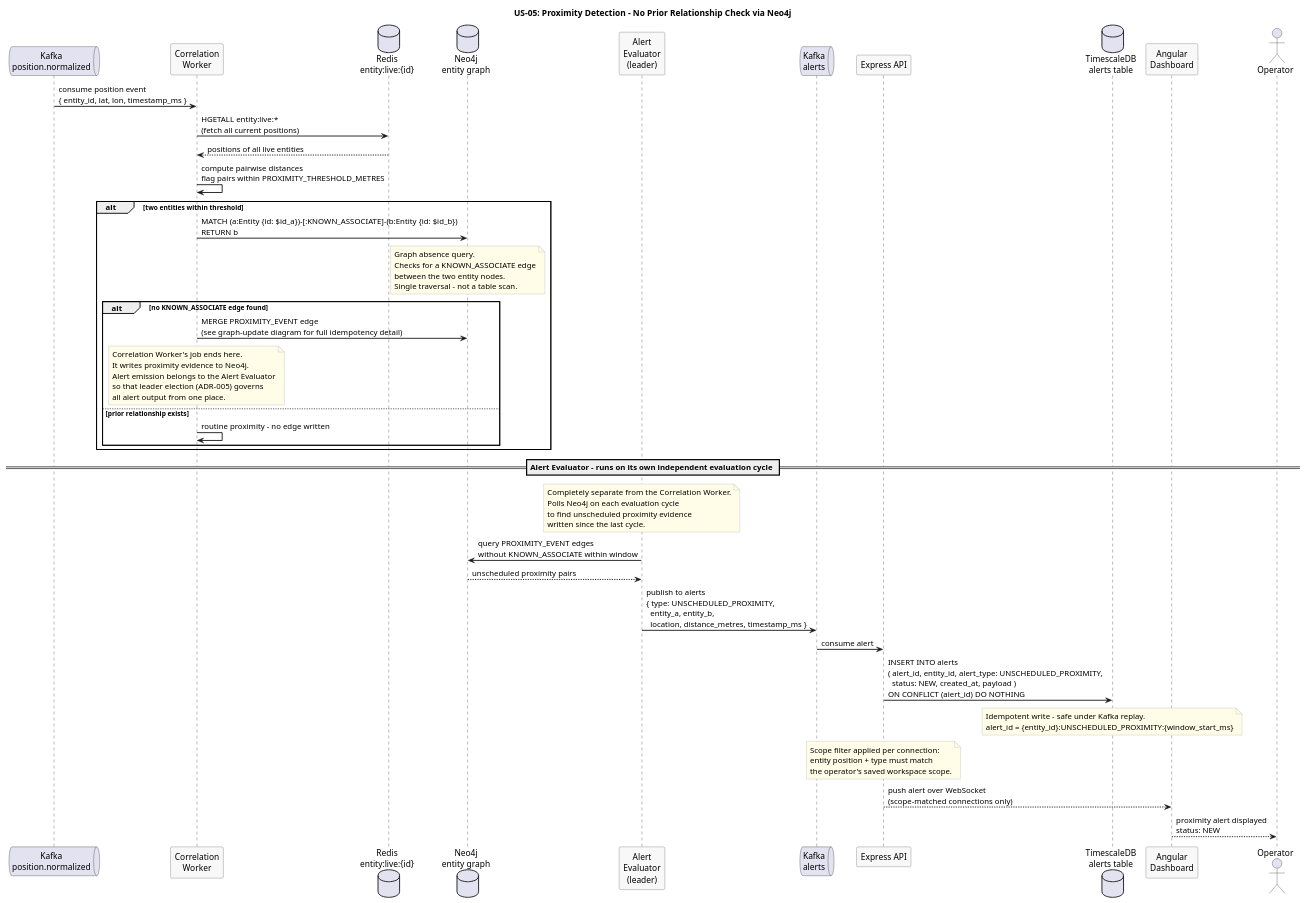
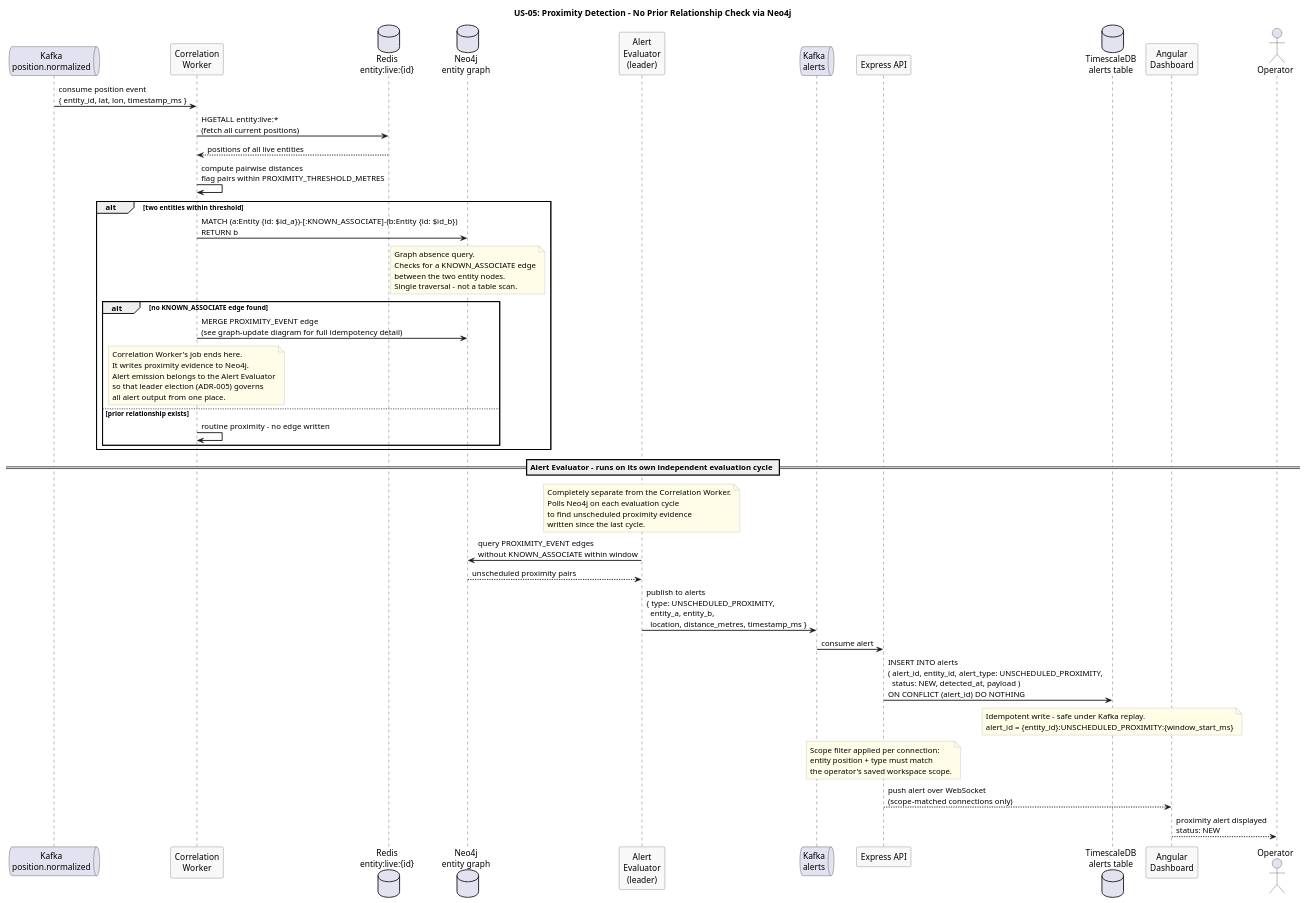
The diagram in docs/use-cases/US-05-unscheduled-proximity/proximity-detection.puml (Buffden/sentinel), drawn with PlantUML before and after one commit. The commit also changed 6 other files, not shown here.

```diff
--- a/docs/use-cases/US-05-unscheduled-proximity/proximity-detection.puml
+++ b/docs/use-cases/US-05-unscheduled-proximity/proximity-detection.puml
@@ -1,83 +1,83 @@
 @startuml proximity-detection
 title US-05: Proximity Detection - No Prior Relationship Check via Neo4j
 
 skinparam sequenceArrowThickness 1.5
 skinparam participantBorderColor #555555
 skinparam participantBackgroundColor #F8F8F8
 skinparam noteBorderColor #AAAAAA
 skinparam noteBackgroundColor #FFFDE7
 
 queue "Kafka\nposition.normalized" as Kafka
 participant "Correlation\nWorker" as Correlation
 database "Redis\nentity:live:{id}" as Redis
 database "Neo4j\nentity graph" as Neo4j
 participant "Alert\nEvaluator\n(leader)" as Evaluator
 queue "Kafka\nalerts" as Alerts
 participant "Express API" as API
 database "TimescaleDB\nalerts table" as TSDB
 participant "Angular\nDashboard" as Dashboard
 actor Operator
 
 Kafka -> Correlation : consume position event\n{ entity_id, lat, lon, timestamp_ms }
 
 Correlation -> Redis : HGETALL entity:live:*\n(fetch all current positions)
 Redis --> Correlation : positions of all live entities
 
 Correlation -> Correlation : compute pairwise distances\nflag pairs within PROXIMITY_THRESHOLD_METRES
 
 alt two entities within threshold
   Correlation -> Neo4j : MATCH (a:Entity {id: $id_a})-[:KNOWN_ASSOCIATE]-(b:Entity {id: $id_b})\nRETURN b
 
   note over Neo4j
     Graph absence query.
     Checks for a KNOWN_ASSOCIATE edge
     between the two entity nodes.
     Single traversal - not a table scan.
   end note
 
   alt no KNOWN_ASSOCIATE edge found
     Correlation -> Neo4j : MERGE PROXIMITY_EVENT edge\n(see graph-update diagram for full idempotency detail)
 
     note over Correlation
       Correlation Worker's job ends here.
       It writes proximity evidence to Neo4j.
       Alert emission belongs to the Alert Evaluator
       so that leader election (ADR-005) governs
       all alert output from one place.
     end note
   else prior relationship exists
     Correlation -> Correlation : routine proximity - no edge written
   end
 end
 
 == Alert Evaluator - runs on its own independent evaluation cycle ==
 
 note over Evaluator
   Completely separate from the Correlation Worker.
   Polls Neo4j on each evaluation cycle
   to find unscheduled proximity evidence
   written since the last cycle.
 end note
 
 Evaluator -> Neo4j : query PROXIMITY_EVENT edges\nwithout KNOWN_ASSOCIATE within window
 Neo4j --> Evaluator : unscheduled proximity pairs
 Evaluator -> Alerts : publish to alerts\n{ type: UNSCHEDULED_PROXIMITY,\n  entity_a, entity_b,\n  location, distance_metres, timestamp_ms }
 
 Alerts -> API : consume alert
-API -> TSDB : INSERT INTO alerts\n( alert_id, entity_id, alert_type: UNSCHEDULED_PROXIMITY,\n  status: NEW, created_at, payload )\nON CONFLICT (alert_id) DO NOTHING
+API -> TSDB : INSERT INTO alerts\n( alert_id, entity_id, alert_type: UNSCHEDULED_PROXIMITY,\n  status: NEW, detected_at, payload )\nON CONFLICT (alert_id) DO NOTHING
 
 note over TSDB
   Idempotent write - safe under Kafka replay.
   alert_id = {entity_id}:UNSCHEDULED_PROXIMITY:{window_start_ms}
 end note
 
 note over API
   Scope filter applied per connection:
   entity position + type must match
   the operator's saved workspace scope.
 end note
 
 API --> Dashboard : push alert over WebSocket\n(scope-matched connections only)
 Dashboard --> Operator : proximity alert displayed\nstatus: NEW
 
 @enduml
```
